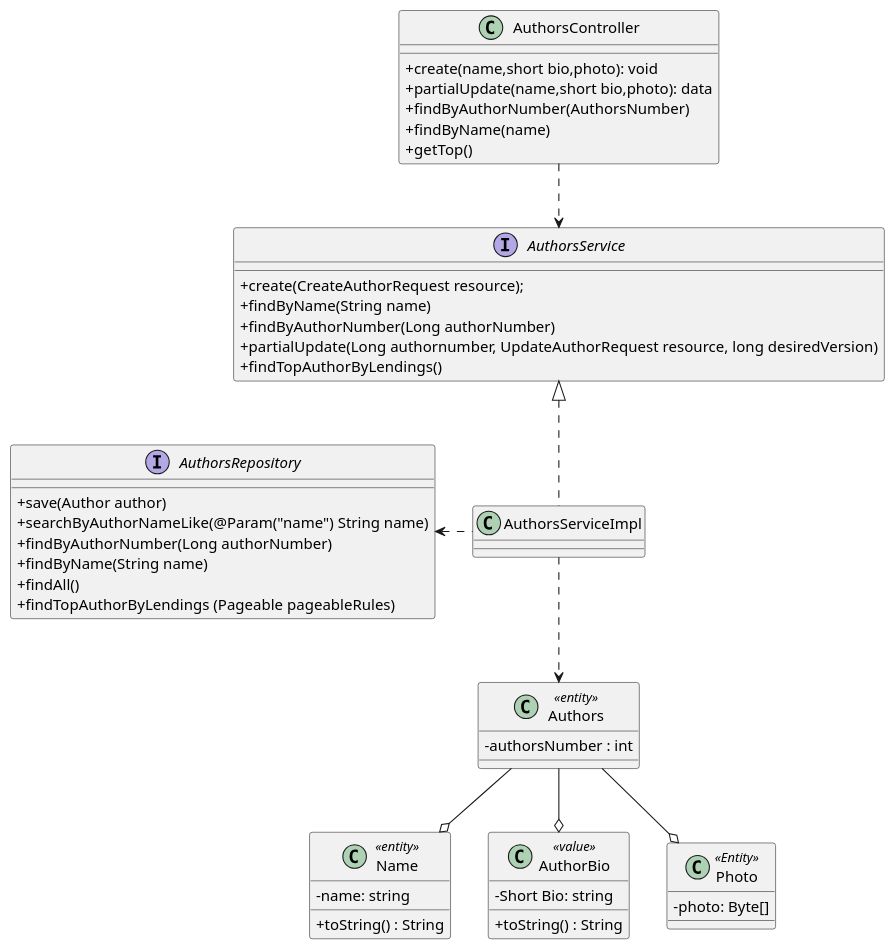
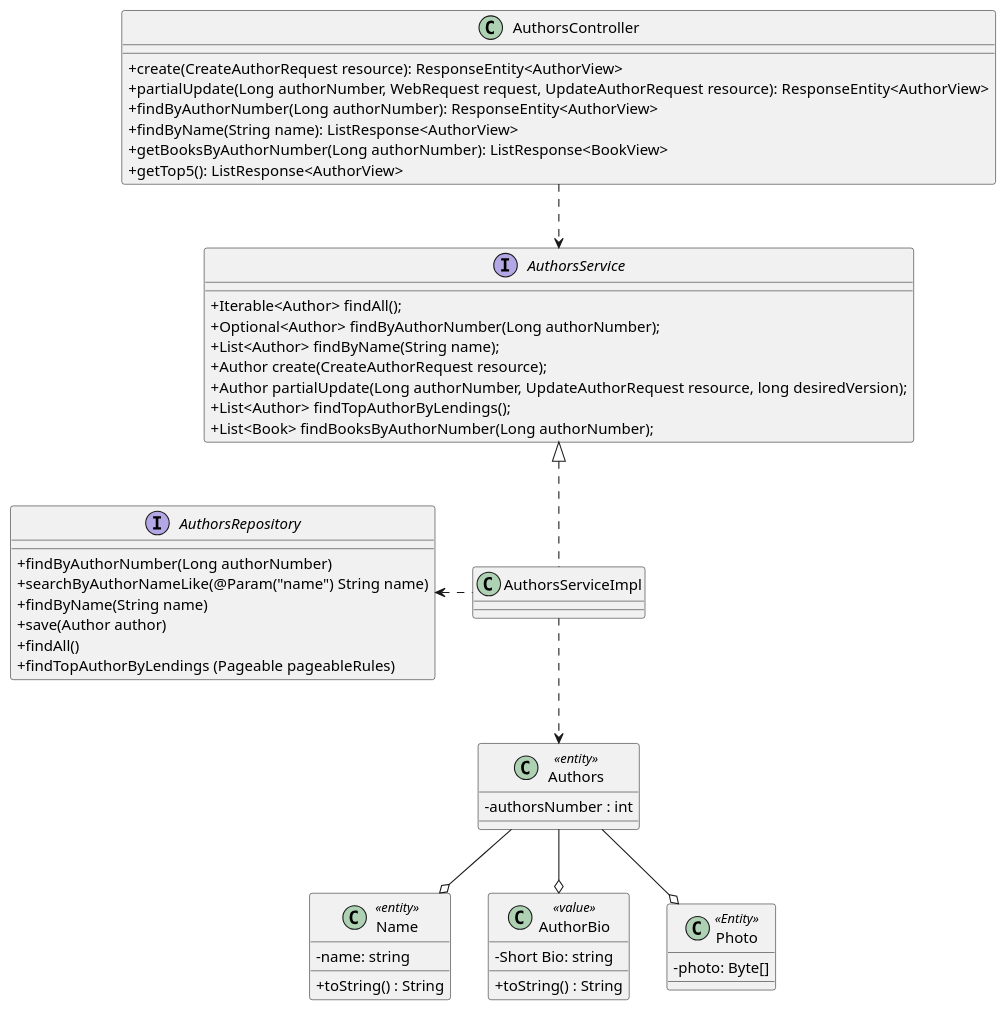
One commit to rutemf/1220944_1220772_G01 changed the diagram in Docs/Phase2/WP2B-Authors/ClassDiagram.puml. Above: the diagram before and after it, drawn with PlantUML. The commit also changed 12 other files, not shown here.

Commit message:
Class diagram, mds, sd Authors

```diff
--- a/Docs/Phase2/WP2B-Authors/ClassDiagram.puml
+++ b/Docs/Phase2/WP2B-Authors/ClassDiagram.puml
@@ -1,57 +1,61 @@
 @startuml
 'https://plantuml.com/class-diagram
 
 skinparam classAttributeIconSize 0
 class Authors <<entity>>{
     - authorsNumber : int
 }
 class Name <<entity>>{
     - name: string
     + toString() : String
 }
 
 class AuthorBio <<value>>{
     - Short Bio: string
     + toString() : String
 }
 
 class Photo <<Entity>>{
     - photo: Byte[]
 }
 
 class AuthorsController {
-    +create(name,short bio,photo): void
-    +partialUpdate(name,short bio,photo): data
-    + findByAuthorNumber(AuthorsNumber)
-    + findByName(name)
-    + getTop()
+        + create(CreateAuthorRequest resource): ResponseEntity<AuthorView>
+        + partialUpdate(Long authorNumber, WebRequest request, UpdateAuthorRequest resource): ResponseEntity<AuthorView>
+        + findByAuthorNumber(Long authorNumber): ResponseEntity<AuthorView>
+        + findByName(String name): ListResponse<AuthorView>
+        + getBooksByAuthorNumber(Long authorNumber): ListResponse<BookView>
+        + getTop5(): ListResponse<AuthorView>
 }
 
 class AuthorsServiceImpl implements AuthorsService{
 }
 
 interface AuthorsService {
-    + create(CreateAuthorRequest resource);
-    + findByName(String name)
-    + findByAuthorNumber(Long authorNumber)
-    + partialUpdate(Long authornumber, UpdateAuthorRequest resource, long desiredVersion)
-    +findTopAuthorByLendings()
+    +Iterable<Author> findAll();
+    +Optional<Author> findByAuthorNumber(Long authorNumber);
+    +List<Author> findByName(String name);
+    +Author create(CreateAuthorRequest resource);
+    +Author partialUpdate(Long authorNumber, UpdateAuthorRequest resource, long desiredVersion);
+    +List<Author> findTopAuthorByLendings();
+    +List<Book> findBooksByAuthorNumber(Long authorNumber);
+
 }
 
 interface AuthorsRepository {
+    + findByAuthorNumber(Long authorNumber)
+    + searchByAuthorNameLike(@Param("name") String name)
+    + findByName(String name)
     +save(Author author)
-    + searchByAuthorNameLike(@Param("name") String name)
-    + findByAuthorNumber(Long authorNumber)
-    + findByName(String name)
     +findAll()
     +findTopAuthorByLendings (Pageable pageableRules)
 }
 
 AuthorsServiceImpl ..> Authors
 AuthorsController ..> AuthorsService
 AuthorsServiceImpl .left.> AuthorsRepository
 
 Authors --o Name
 Authors --o Photo
 Authors --o AuthorBio
 @enduml
```
